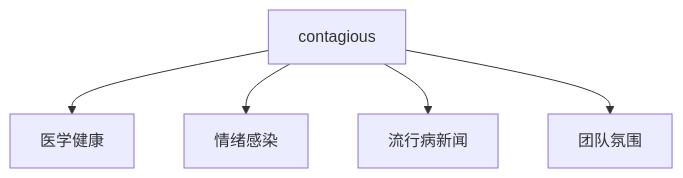
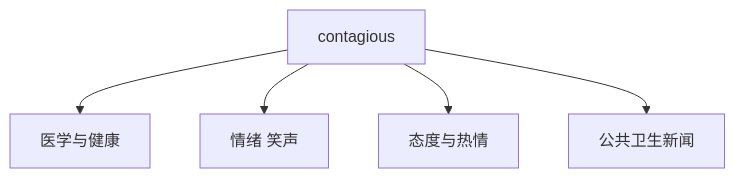
The third of 5 diagrams in slides_backup/托业单词/20260630/08.md (seki999/DialogueFlow), drawn with Mermaid before and after one commit. The commit also changed other lines of this file and 28 other files, not shown here.

````diff
--- a/slides_backup/托业单词/20260630/08.md
+++ b/slides_backup/托业单词/20260630/08.md
@@ -50,7 +52,7 @@
 ```mermaid
 flowchart TD
-    A[contagious] --> B[医学健康]
-    A --> C[情绪感染]
-    A --> D[流行病新闻]
-    A --> E[团队氛围]
+    A[contagious] --> B[医学与健康]
+    A --> C[情绪 笑声]
+    A --> D[态度与热情]
+    A --> E[公共卫生新闻]
 ```
````
